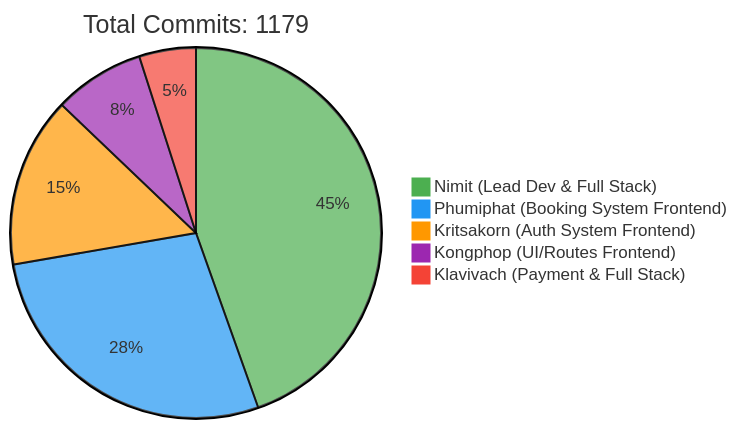
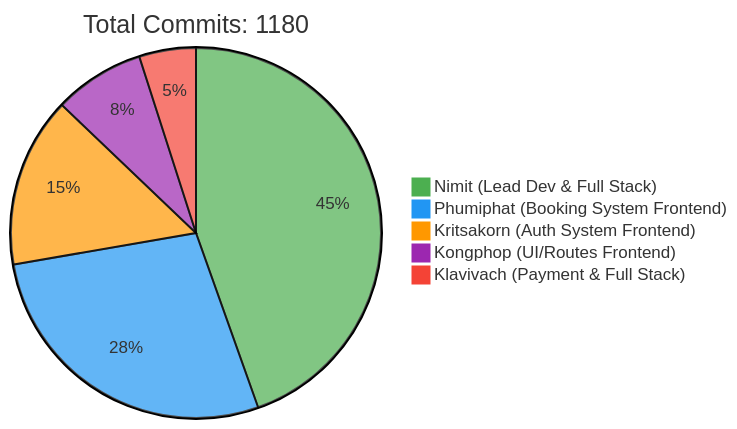
The first of 2 diagrams in README.md (6531503042/Sport-Complex), drawn with Mermaid before and after one commit. The commit also changed other lines of this file, not shown here.

Commit message:
docs: Update contributor statistics [skip ci]

````diff
--- a/README.md
+++ b/README.md
@@ -257,10 +257,10 @@
 ```mermaid
 %%{init: {'theme': 'base', 'themeVariables': { 'pie1': '#4CAF50', 'pie2': '#2196F3', 'pie3': '#FF9800', 'pie4': '#9C27B0', 'pie5': '#F44336'}}}%%
 pie
-    title Total Commits: 1179
+    title Total Commits: 1180
     "Nimit (Lead Dev & Full Stack)" : 450
     "Phumiphat (Booking System Frontend)" : 280
     "Kritsakorn (Auth System Frontend)" : 150
     "Kongphop (UI/Routes Frontend)" : 80
     "Klavivach (Payment & Full Stack)" : 50
 ```
````
